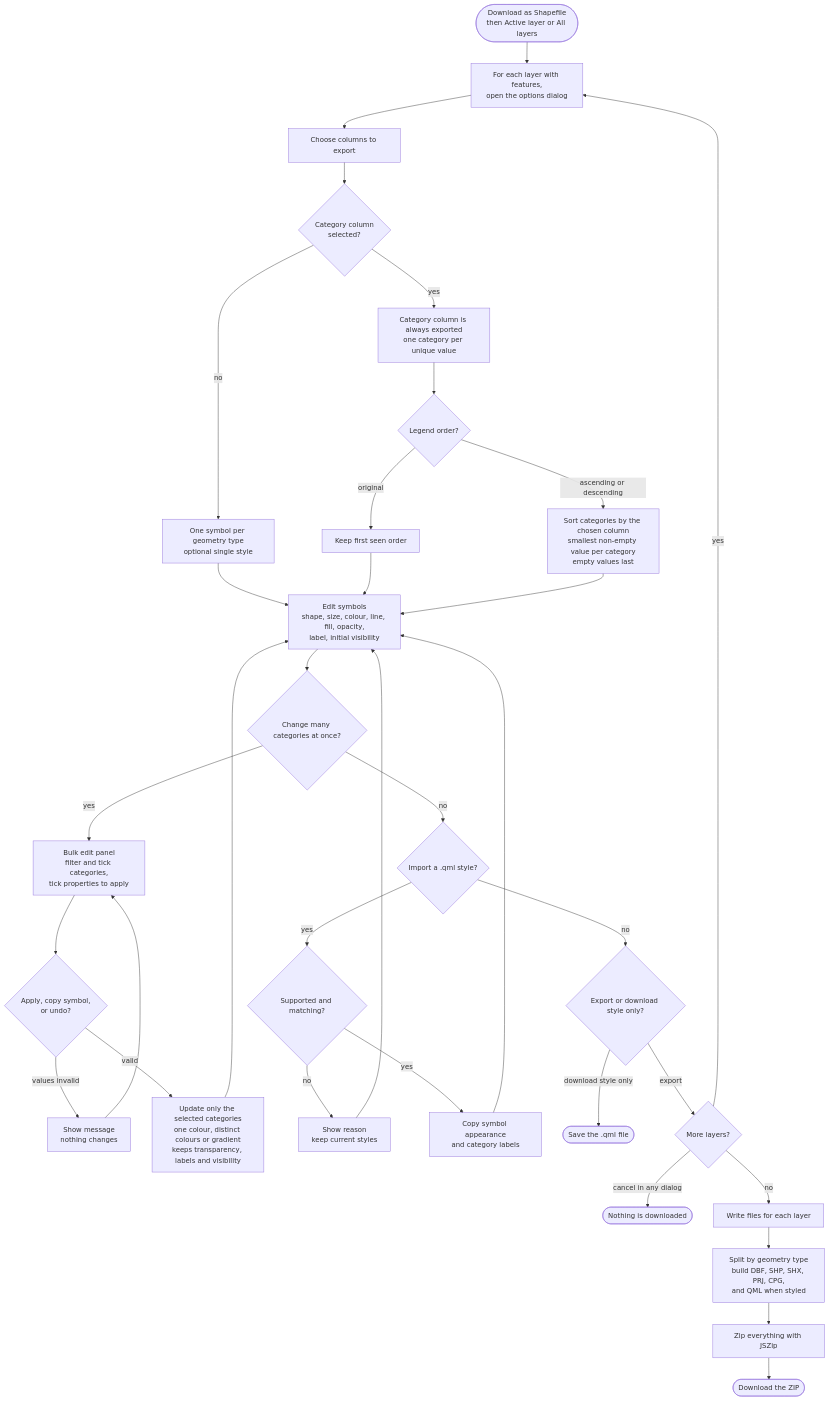
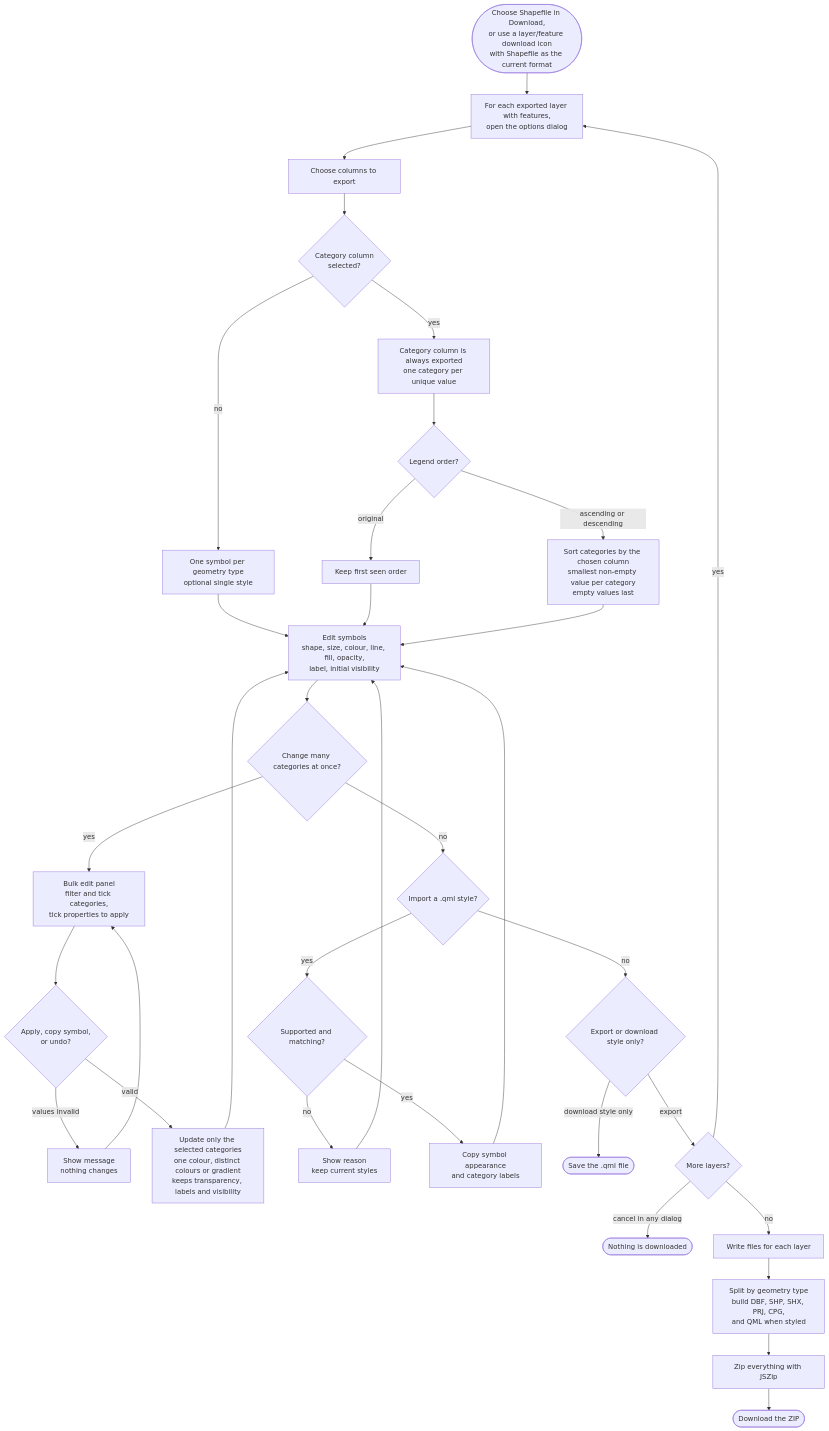
Before and after one commit to telstra-joseph/geoeditor: the fifth of 9 diagrams in FLOWCHART.md, drawn with Mermaid. The commit also changed other lines of this file and 2 other files, not shown here.

First line of the commit message:
Version 1.0: Update feature documentation, flowcharts, and help

````diff
--- a/FLOWCHART.md
+++ b/FLOWCHART.md
@@ -123,42 +145,42 @@
 ```mermaid
 flowchart TD
-    A(["Download as Shapefile<br/>then Active layer or All layers"]) --> B["For each layer with features,<br/>open the options dialog"]
+    A(["Choose Shapefile in Download,<br/>or use a layer/feature download icon<br/>with Shapefile as the current format"]) --> B["For each exported layer with features,<br/>open the options dialog"]
     B --> C["Choose columns to export"]
     C --> D{"Category column<br/>selected?"}
 
     D -->|"no"| E["One symbol per geometry type<br/>optional single style"]
     D -->|"yes"| F["Category column is always exported<br/>one category per unique value"]
 
     F --> G{"Legend order?"}
     G -->|"original"| H["Keep first seen order"]
     G -->|"ascending or descending"| I["Sort categories by the chosen column<br/>smallest non-empty value per category<br/>empty values last"]
 
     E --> J["Edit symbols<br/>shape, size, colour, line, fill, opacity,<br/>label, initial visibility"]
     H --> J
     I --> J
 
     J --> BK{"Change many categories at once?"}
     BK -->|"yes"| BL["Bulk edit panel<br/>filter and tick categories,<br/>tick properties to apply"]
     BL --> BM{"Apply, copy symbol,<br/>or undo?"}
     BM -->|"values invalid"| BN["Show message<br/>nothing changes"]
     BN --> BL
     BM -->|"valid"| BO["Update only the selected categories<br/>one colour, distinct colours or gradient<br/>keeps transparency, labels and visibility"]
     BO --> J
     BK -->|"no"| K{"Import a .qml style?"}
     K -->|"yes"| L{"Supported and matching?"}
     L -->|"no"| M["Show reason<br/>keep current styles"]
     M --> J
     L -->|"yes"| N["Copy symbol appearance<br/>and category labels"]
     N --> J
     K -->|"no"| O{"Export or download style only?"}
 
     O -->|"download style only"| P(["Save the .qml file"])
     O -->|"export"| Q{"More layers?"}
     Q -->|"yes"| B
     Q -->|"cancel in any dialog"| R(["Nothing is downloaded"])
     Q -->|"no"| S["Write files for each layer"]
 
     S --> T["Split by geometry type<br/>build DBF, SHP, SHX, PRJ, CPG,<br/>and QML when styled"]
     T --> U["Zip everything with JSZip"]
     U --> V(["Download the ZIP"])
 ```
````
